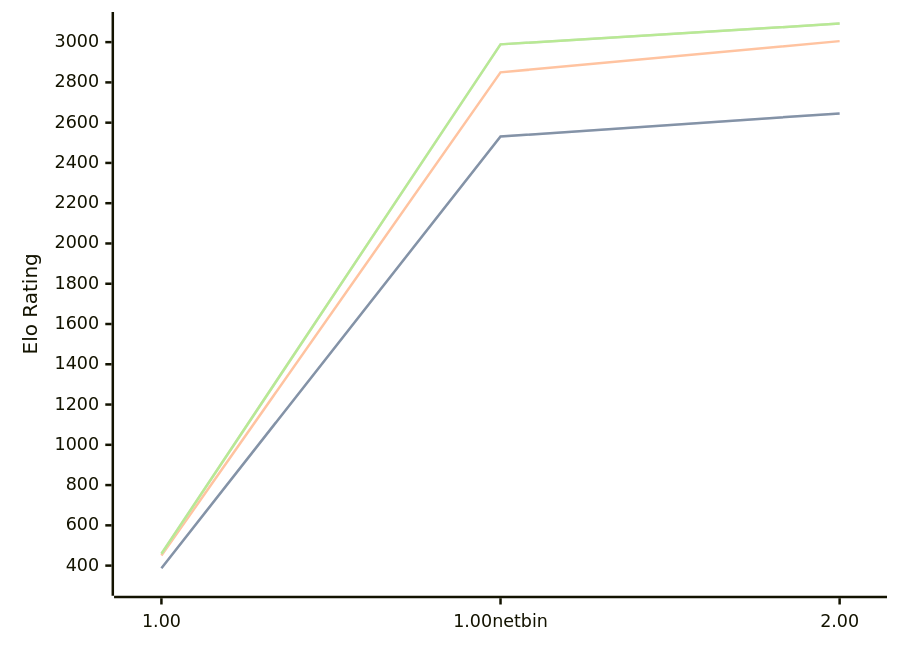
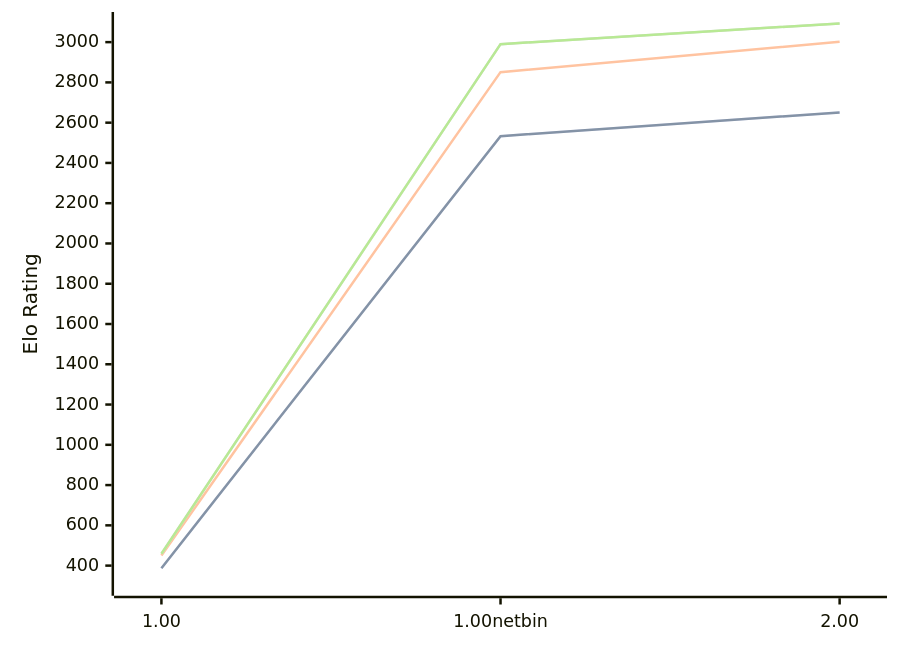
Before and after one commit to computer-chess-index/cci: the diagram in engines/Gilipol.md, drawn with Mermaid. The commit also changed other lines of this file, not shown here.

Commit message:
Update CCI Ratings (ELO VLTC) - 2026-06-11

````diff
--- a/engines/Gilipol.md
+++ b/engines/Gilipol.md
@@ -33,11 +33,11 @@
 ```mermaid
 %%{init: {"theme":"base","themeVariables":{"seriesColors:['#a3a3a3','#222221','#faa371']}}}%%
 xychart-beta
   x-axis ["1.00", "1.00netbin", "2.00"]
   y-axis "Elo Rating" 300 --> 3100
-  line "STC (8.0+0.08s)" [387, 2531, 2646]
-  line "STC (8.0+0.08s)" [387, 2531, 2646]
-  line "LTC (60.0+0.60s)" [450, 2850, 3005]
-  line "VLTC (2m24s+1.12s)" [459, 2989, 3092]
-  line "VLTC (2m24s+1.12s)" [459, 2989, 3092]
+  line "STC (8.0+0.08s)" [387, 2533, 2651]
+  line "STC (8.0+0.08s)" [387, 2533, 2651]
+  line "LTC (60.0+0.60s)" [450, 2851, 3002]
+  line "VLTC (2m24s+1.12s)" [459, 2990, 3093]
+  line "VLTC (2m24s+1.12s)" [459, 2990, 3093]
 ```
````
